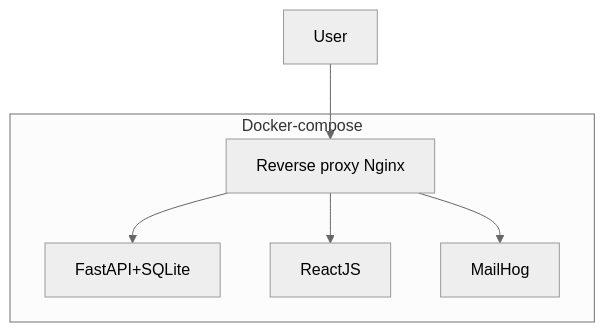
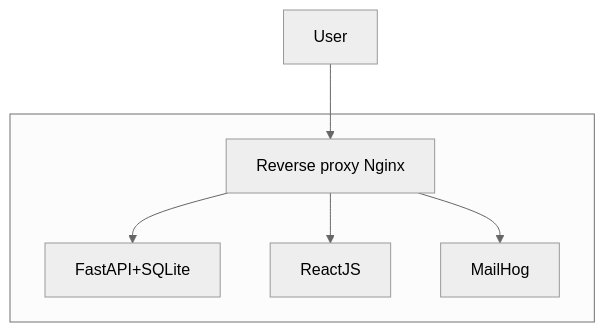
The diagram in README.md (refleks1a/FastAPI-ReactJS_Template), drawn with Mermaid (neutral theme) before and after one commit.

````diff
--- a/README.md
+++ b/README.md
@@ -26,11 +26,11 @@
 ```mermaid
 graph TD;
 
   User-->Nginx[Reverse proxy Nginx]
 
-  subgraph "Docker-compose"
+  subgraph " "
   Nginx-->FastAPI+SQLite;
   Nginx-->ReactJS;
   Nginx-->MailHog;
   end
 ```
````
